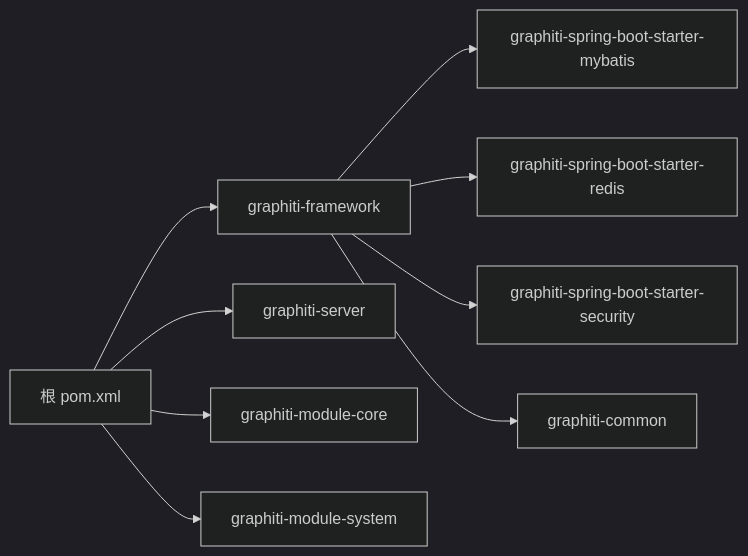
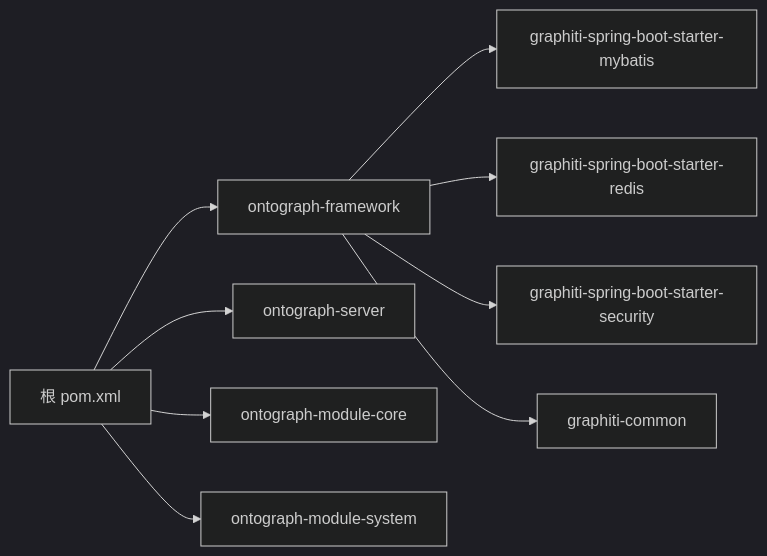
One commit to joezxh/graphiti-java changed the eighth of 8 diagrams in docs/manual/最佳实践/最佳实践.md. Above: the diagram before and after it, drawn with Mermaid (dark theme). The commit also changed other lines of this file and 200 other files, not shown here.

````diff
--- a/docs/manual/最佳实践/最佳实践.md
+++ b/docs/manual/最佳实践/最佳实践.md
@@ -343,11 +343,11 @@
 ```mermaid
 graph LR
-P["根 pom.xml"] --> F["graphiti-framework"]
-P --> S["graphiti-server"]
-P --> C["graphiti-module-core"]
-P --> Sys["graphiti-module-system"]
+P["根 pom.xml"] --> F["ontograph-framework"]
+P --> S["ontograph-server"]
+P --> C["ontograph-module-core"]
+P --> Sys["ontograph-module-system"]
 F --> M1["graphiti-spring-boot-starter-mybatis"]
 F --> R1["graphiti-spring-boot-starter-redis"]
 F --> Sec["graphiti-spring-boot-starter-security"]
 F --> Com["graphiti-common"]
 ```
````
